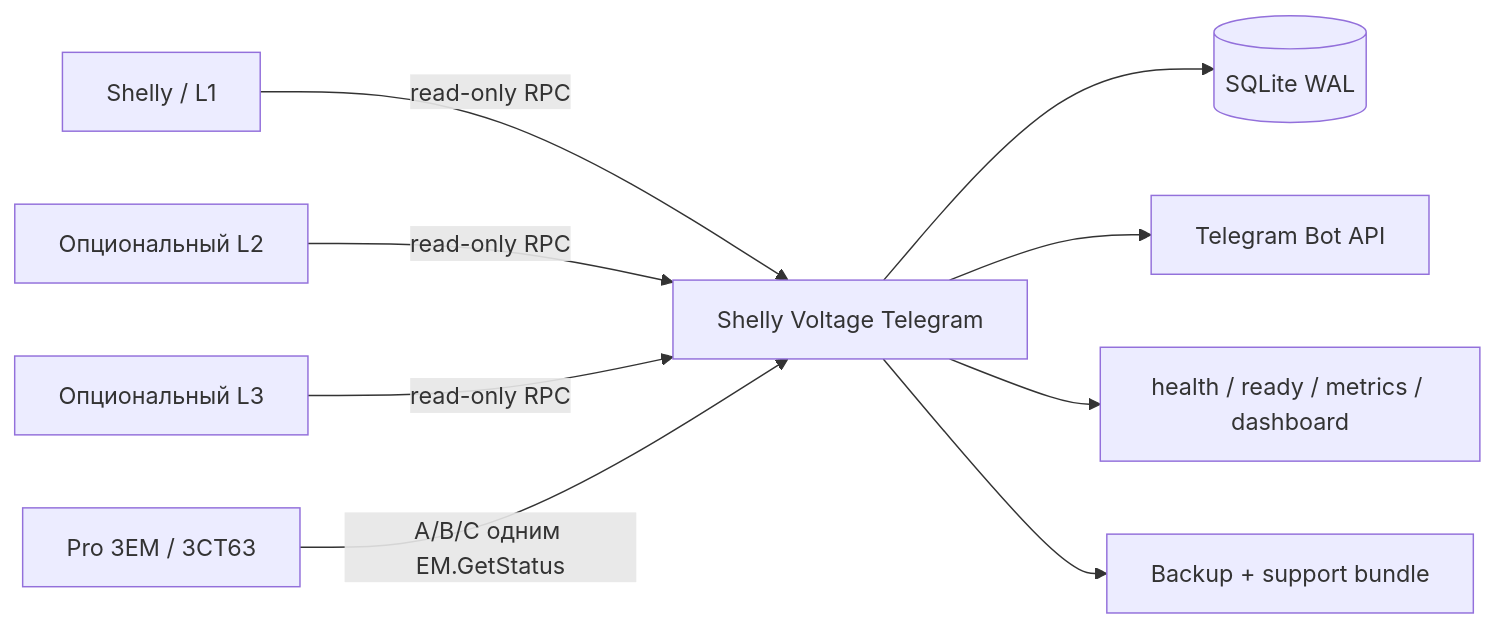
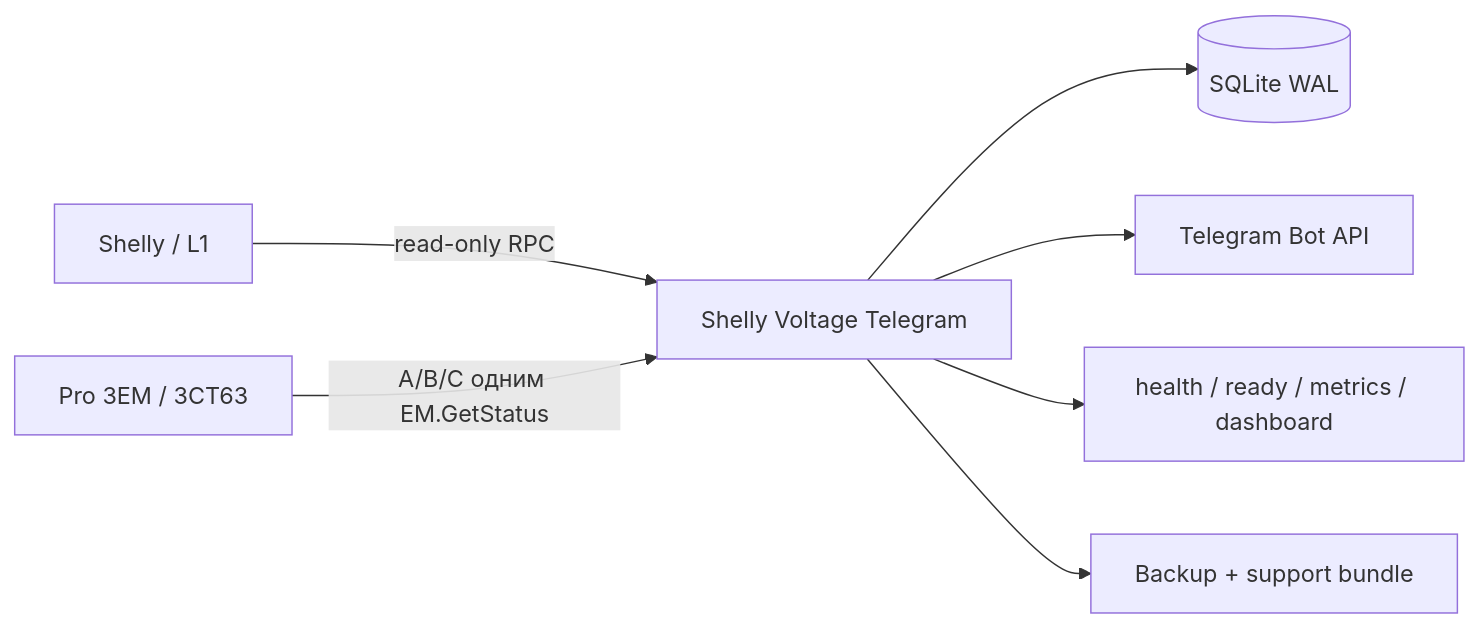
One commit to iSentinel/shelly-voltage-telegram changed the diagram in README_RU.md. Above: the diagram before and after it, drawn with Mermaid. The commit also changed other lines of this file and 16 other files, not shown here.

````diff
--- a/README_RU.md
+++ b/README_RU.md
@@ -75,11 +82,9 @@
 ```mermaid
 flowchart LR
     S1[Shelly / L1] -->|read-only RPC| BOT["Shelly Voltage Telegram"]
-    S2[Опциональный L2] -->|read-only RPC| BOT
-    S3[Опциональный L3] -->|read-only RPC| BOT
     P3[Pro 3EM / 3CT63] -->|A/B/C одним EM.GetStatus| BOT
     BOT --> DB[("SQLite WAL")]
     BOT --> TG["Telegram Bot API"]
     BOT --> HTTP["health / ready / metrics / dashboard"]
     BOT --> BK["Backup + support bundle"]
 ```
````
